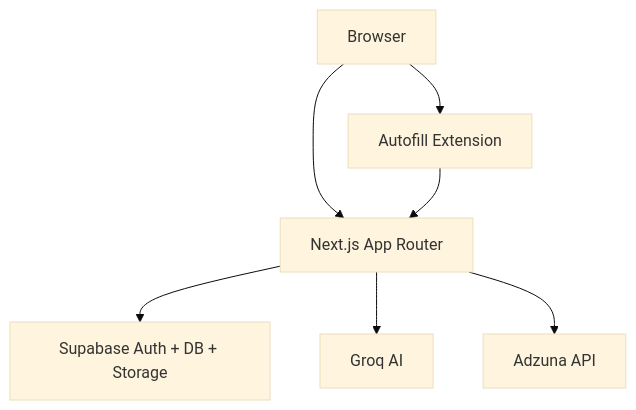
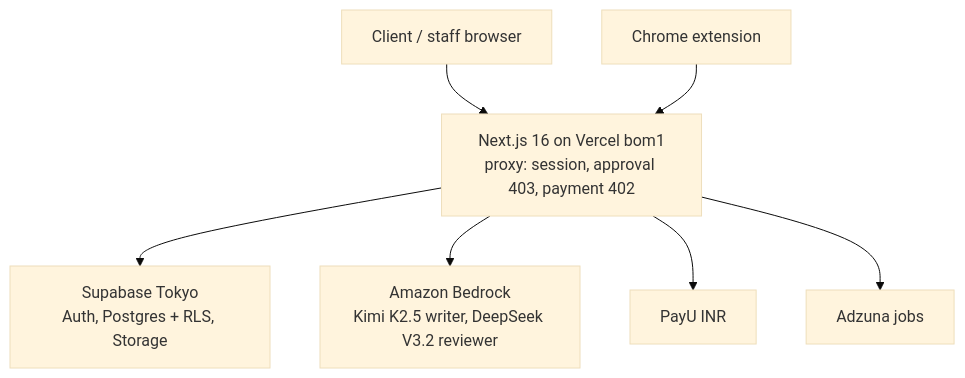
One commit to michael-0007a/nextzenorbit changed the diagram in docs/main/APP_OVERVIEW.md. Above: the diagram before and after it, drawn with Mermaid (base theme). The commit also changed other lines of this file and 35 other files, not shown here.

````diff
--- a/docs/main/APP_OVERVIEW.md
+++ b/docs/main/APP_OVERVIEW.md
@@ -38,9 +38,9 @@
 ```mermaid
 graph TD
-  A[Browser] --> B[Next.js App Router]
-  A --> F[Autofill Extension]
-  F --> B
-  B --> C[Supabase Auth + DB + Storage]
-  B --> D[Groq AI]
-  B --> E[Adzuna API]
+  A[Client / staff browser] --> B[Next.js 16 on Vercel bom1<br/>proxy: session, approval 403, payment 402]
+  X[Chrome extension] --> B
+  B --> C[Supabase Tokyo<br/>Auth, Postgres + RLS, Storage]
+  B --> D[Amazon Bedrock<br/>Kimi K2.5 writer, DeepSeek V3.2 reviewer]
+  B --> E[PayU INR]
+  B --> F[Adzuna jobs]
 ```
````
